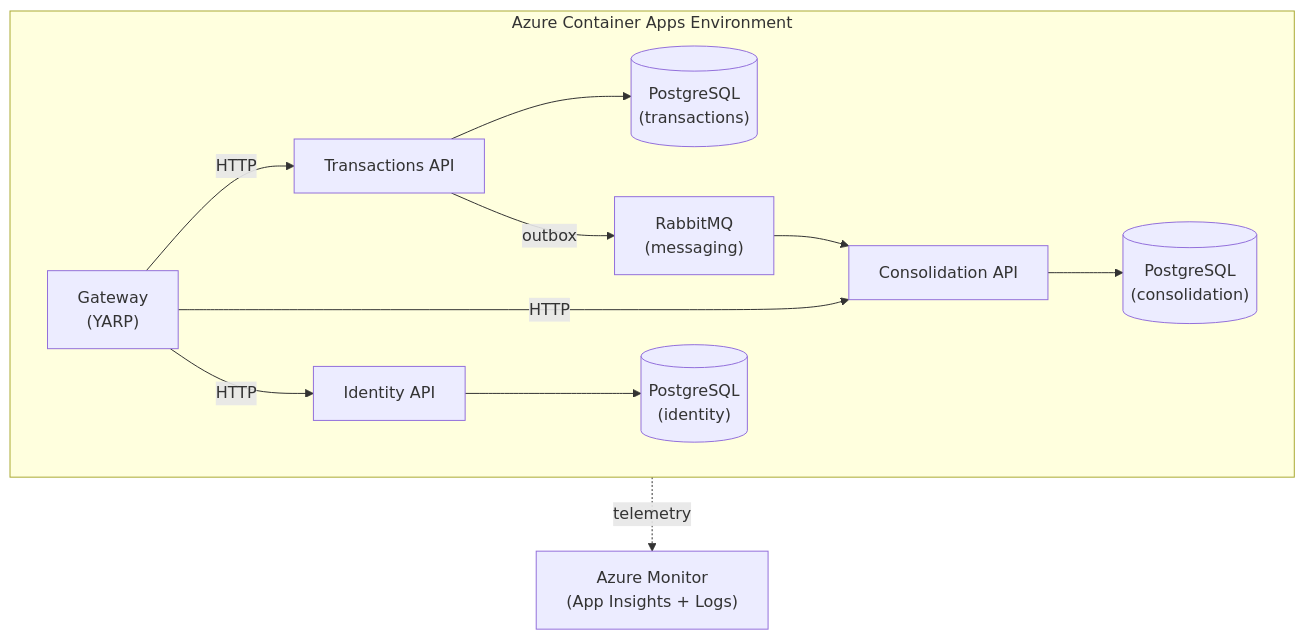
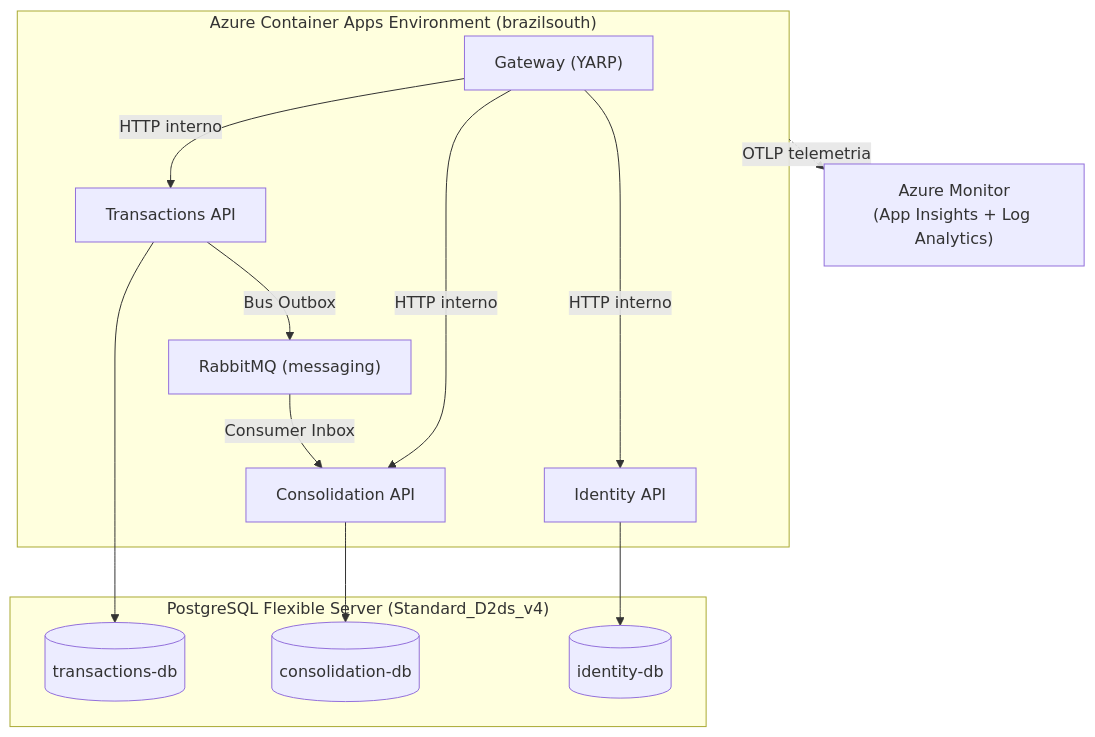
The first of 2 diagrams in docs/disaster-recovery.md (gtkpad/CashFlow), drawn with Mermaid before and after one commit. The commit also changed other lines of this file and 19 other files, not shown here.

Commit message:
refactor: update glossary for CashFlow terminology and architectural patterns

````diff
--- a/docs/disaster-recovery.md
+++ b/docs/disaster-recovery.md
@@ -66,24 +44,27 @@
 ```mermaid
 graph TD
-    subgraph ACA["Azure Container Apps Environment"]
-        GW["Gateway<br/>(YARP)"]
+    subgraph ACA["Azure Container Apps Environment (brazilsouth)"]
+        GW["Gateway (YARP)"]
         TX["Transactions API"]
         CO["Consolidation API"]
         ID["Identity API"]
-        RMQ["RabbitMQ<br/>(messaging)"]
-        PG_TX[("PostgreSQL<br/>(transactions)")]
-        PG_CO[("PostgreSQL<br/>(consolidation)")]
-        PG_ID[("PostgreSQL<br/>(identity)")]
-
-        GW -->|HTTP| TX
-        GW -->|HTTP| CO
-        GW -->|HTTP| ID
-        TX --> PG_TX
-        TX -->|outbox| RMQ
-        RMQ --> CO
-        CO --> PG_CO
-        ID --> PG_ID
+        RMQ["RabbitMQ (messaging)"]
     end
 
-    ACA -.->|telemetry| MON["Azure Monitor<br/>(App Insights + Logs)"]
+    subgraph PG["PostgreSQL Flexible Server (Standard_D2ds_v4)"]
+        PG_TX[("transactions-db")]
+        PG_CO[("consolidation-db")]
+        PG_ID[("identity-db")]
+    end
+
+    GW -->|HTTP interno| TX
+    GW -->|HTTP interno| CO
+    GW -->|HTTP interno| ID
+    TX --> PG_TX
+    TX -->|Bus Outbox| RMQ
+    RMQ -->|Consumer Inbox| CO
+    CO --> PG_CO
+    ID --> PG_ID
+
+    ACA -.->|OTLP telemetria| MON["Azure Monitor\n(App Insights + Log Analytics)"]
 ```
````
